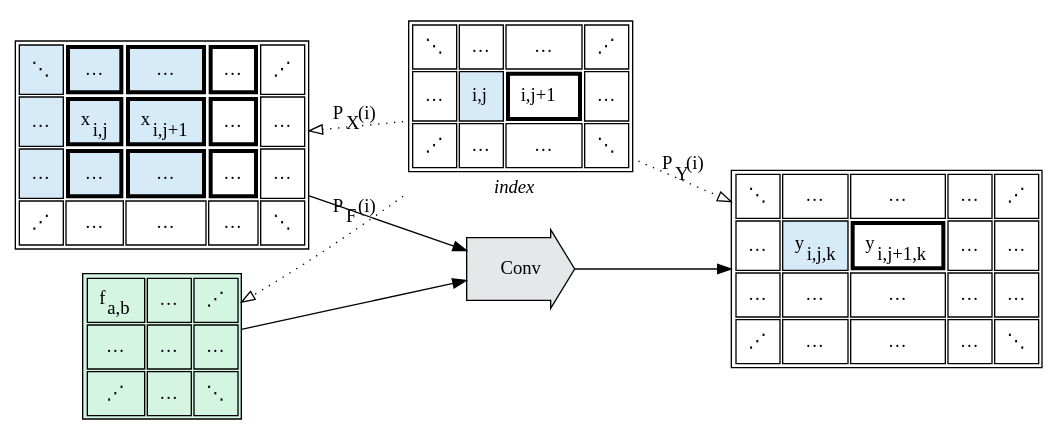
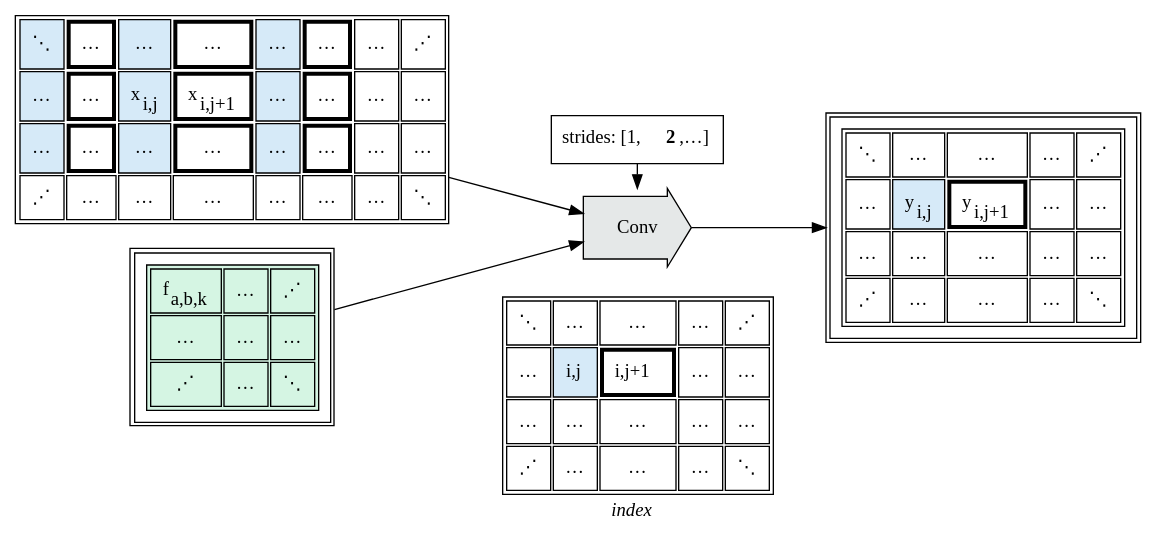
The fifth of 6 diagrams in source/_posts/blog/2023/05/Tapestry-Tensor-View-Selections.md (crutcher/crutcher.github.io-source), drawn with Graphviz before and after one commit. The commit also changed other lines of this file and 1 other file, not shown here.

````diff
--- a/source/_posts/blog/2023/05/Tapestry-Tensor-View-Selections.md
+++ b/source/_posts/blog/2023/05/Tapestry-Tensor-View-Selections.md
@@ -611,105 +612,13 @@
 ```graphviz
 digraph G {
-  rankdir=LR;
+rankdir=LR;
 
-  idx [
-    shape="plain",
-    label=<
-    <table border="0">
-    <tr><td><table cellpadding="8">
-          <tr>
-              <td>⋱</td>
-              <td>…</td>
-              <td>…</td>
-              <td>⋰</td>
-              </tr>
-          <tr>
-              <td>…</td>
-              <td bgcolor="#D6EAF8">i,j</td>
-              <td border="3">i,j+1</td>
-              <td>…</td>
-              </tr>
-          <tr>
-              <td>⋰</td>
-              <td>…</td>
-              <td>…</td>
-              <td>⋱</td>
-              </tr>
-          </table></td></tr>
-    <tr><td><i>index</i></td></tr>
-        </table>
-    >,
-  ];
+idx [
+shape="plain",
+label=<
+<table border="0">
+<tr><td>
 
-  X [
-      shape="plain",
-      label=<
-      <table cellpadding="8">
-          <tr>
-              <td bgcolor="#D6EAF8">⋱</td>
-              <td border="3" bgcolor="#D6EAF8">…</td>
-              <td border="3" bgcolor="#D6EAF8">…</td>
-              <td border="3">…</td>
-              <td>⋰</td>
-              </tr>
-          <tr>
-              <td bgcolor="#D6EAF8">…</td>
-              <td border="3" bgcolor="#D6EAF8">x<sub>i,j</sub></td>
-              <td border="3" bgcolor="#D6EAF8">x<sub>i,j+1</sub></td>
-              <td border="3">…</td>
-              <td>…</td>
-              </tr>
-          <tr>
-              <td bgcolor="#D6EAF8">…</td>
-              <td border="3" bgcolor="#D6EAF8">…</td>
-              <td border="3" bgcolor="#D6EAF8">…</td>
-              <td border="3">…</td>
-              <td>…</td>
-              </tr>
-          <tr>
-              <td>⋰</td>
-              <td>…</td>
-              <td>…</td>
-              <td>…</td>
-              <td>⋱</td>
-              </tr>
-          </table>
-      >,
-  ];
-
-  F [
-      shape="plain",
-      label=<
-      <table bgcolor="#D5F5E3" cellpadding="8">
-          <tr>
-              <td >f<sub>a,b</sub></td>
-              <td >…</td>
-              <td>⋰</td>
-              </tr>
-          <tr>
-              <td>…</td>
-              <td>…</td>
-              <td>…</td>
-              </tr>
-          <tr>
-              <td>⋰</td>
-              <td>…</td>
-              <td>⋱</td>
-              </tr>
-          </table>
-      >,
-  ];
-
-  Conv [
-      shape=rarrow,
-      style=filled,
-      fillcolor="#E5E8E8",
-      margin=0.3
-  ];
-
-  Y [
-      shape="plain",
-      label=<
       <table cellpadding="8">
           <tr>
               <td>⋱</td>
@@ -720,8 +629,8 @@
               </tr>
           <tr>
               <td>…</td>
-              <td bgcolor="#D6EAF8">y<sub>i,j,k</sub></td>
-              <td border="3">y<sub>i,j+1,k</sub></td>
+              <td bgcolor="#D6EAF8">i,j</td>
+              <td border="3">i,j+1</td>
               <td>…</td>
               <td>…</td>
               </tr>
@@ -740,17 +649,148 @@
               <td>⋱</td>
               </tr>
           </table>
+	</td></tr>
+
+    <tr><td><i>index</i></td></tr>
+          </table>
+    >,
+];
+
+X [
+shape="plain",
+label=<
+<table cellpadding="8">
+<tr>
+<td bgcolor="#D6EAF8">⋱</td>
+<td border="3">…</td>
+<td bgcolor="#D6EAF8">…</td>
+<td border="3">…</td>
+<td bgcolor="#D6EAF8">…</td>
+<td border="3">…</td>
+<td>…</td>
+<td>⋰</td>
+</tr>
+<tr>
+<td bgcolor="#D6EAF8">…</td>
+<td border="3">…</td>
+<td bgcolor="#D6EAF8">x<sub>i,j</sub></td>
+<td border="3">x<sub>i,j+1</sub></td>
+<td bgcolor="#D6EAF8">…</td>
+<td border="3">…</td>
+<td>…</td>
+<td>…</td>
+</tr>
+<tr>
+<td bgcolor="#D6EAF8">…</td>
+<td border="3">…</td>
+<td bgcolor="#D6EAF8">…</td>
+<td border="3">…</td>
+<td bgcolor="#D6EAF8">…</td>
+<td border="3">…</td>
+<td>…</td>
+<td>…</td>
+</tr>
+<tr>
+<td>⋰</td>
+<td>…</td>
+<td>…</td>
+<td>…</td>
+<td>…</td>
+<td>…</td>
+<td>…</td>
+<td>⋱</td>
+</tr>
+</table>
+>,
+];
+
+F [
+shape="plain",
+label=<
+<table cellpadding="8">
+<tr><td>
+<table bgcolor="#D5F5E3" cellpadding="8">
+<tr>
+<td >f<sub>a,b,k</sub></td>
+<td >…</td>
+<td>⋰</td>
+</tr>
+<tr>
+<td>…</td>
+<td>…</td>
+<td>…</td>
+</tr>
+<tr>
+<td>⋰</td>
+<td>…</td>
+<td>⋱</td>
+</tr>
+</table>
+</td></tr>
+</table>
+>,
+];
+
+Conv [
+shape=rarrow,
+style=filled,
+fillcolor="#E5E8E8",
+margin=0.3
+];
+
+strides [
+label=<strides: [1,<b>2</b>,…]>,
+shape=rectangle,
+];
+
+strides -> Conv;
+
+Y [
+shape="plain",
+label=<
+<table cellpadding="8">
+<tr><td>
+
+      <table cellpadding="8">
+          <tr>
+              <td>⋱</td>
+              <td>…</td>
+              <td>…</td>
+              <td>…</td>
+              <td>⋰</td>
+              </tr>
+          <tr>
+              <td>…</td>
+              <td bgcolor="#D6EAF8">y<sub>i,j</sub></td>
+              <td border="3">y<sub>i,j+1</sub></td>
+              <td>…</td>
+              <td>…</td>
+              </tr>
+          <tr>
+              <td>…</td>
+              <td>…</td>
+              <td>…</td>
+              <td>…</td>
+              <td>…</td>
+              </tr>
+          <tr>
+              <td>⋰</td>
+              <td>…</td>
+              <td>…</td>
+              <td>…</td>
+              <td>⋱</td>
+              </tr>
+          </table>
+
+	  </td></tr>
+        </table>
       >,
-  ];
+];
 
-  X -> Conv;
-  F -> Conv;
-  Conv -> Y;
-  
-  idx -> X [label=<P<sub>X</sub>(i)>, constraint=false, style=dotted, arrowhead=empty];
-  idx -> F [label=<P<sub>F</sub>(i)>, constraint=false, style=dotted, arrowhead=empty];
-  idx -> Y [label=<P<sub>Y</sub>(i)>, constraint=false, style=dotted, arrowhead=empty];
+X -> Conv;
+F -> Conv;
+Conv -> Y;
 
-  { rank=same; idx; Conv; }
+{ rank=same; idx; Conv; strides; }
 }
 ```
````
